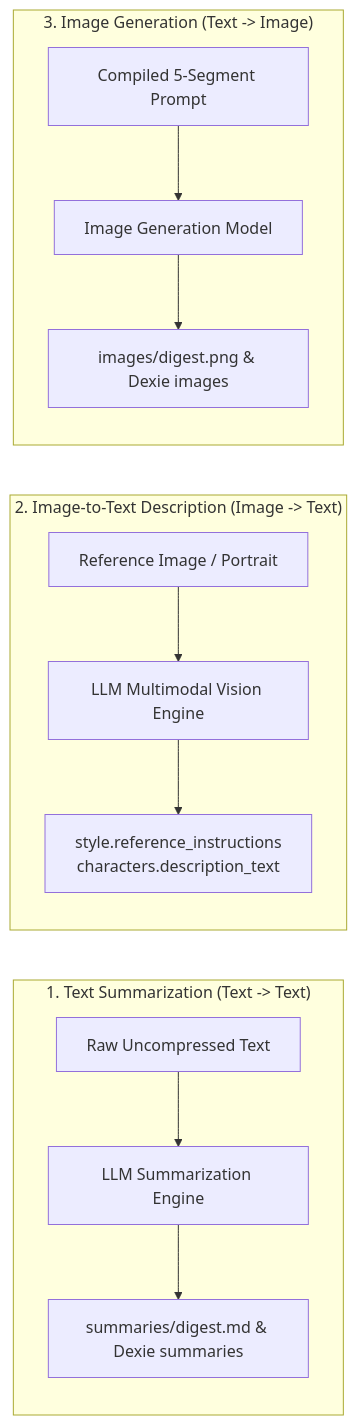
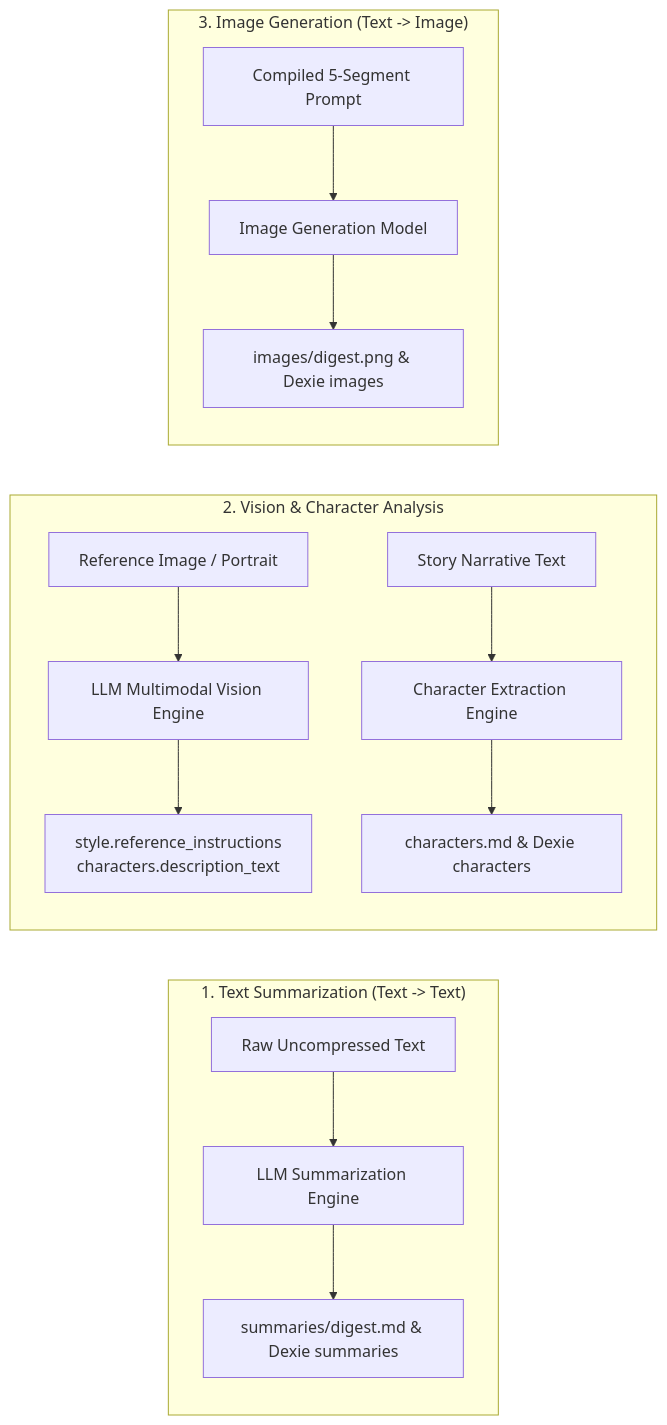
One commit to daniel-payne/writetosee-standalone-vite changed the diagram in skills/writetosee-standalone/interactions.md. Above: the diagram before and after it, drawn with Mermaid. The commit also changed other lines of this file and 17 other files, not shown here.

````diff
--- a/skills/writetosee-standalone/interactions.md
+++ b/skills/writetosee-standalone/interactions.md
@@ -12,17 +13,19 @@
 ```mermaid
 flowchart LR
     subgraph Interaction1["1. Text Summarization (Text -> Text)"]
         RawText[Raw Uncompressed Text] --> LLMSumm[LLM Summarization Engine]
         LLMSumm --> CachedSumm[summaries/digest.md & Dexie summaries]
     end
 
-    subgraph Interaction2["2. Image-to-Text Description (Image -> Text)"]
+    subgraph Interaction2["2. Vision & Character Analysis"]
         RefImage[Reference Image / Portrait] --> LLMVision[LLM Multimodal Vision Engine]
         LLMVision --> ExtractedDirectives[style.reference_instructions\ncharacters.description_text]
+        StoryText[Story Narrative Text] --> LLMChar[Character Extraction Engine]
+        LLMChar --> CharacterRoster[characters.md & Dexie characters]
     end
 
     subgraph Interaction3["3. Image Generation (Text -> Image)"]
         CompiledPrompt[Compiled 5-Segment Prompt] --> LLMImage[Image Generation Model]
         LLMImage --> SavedPNG[images/digest.png & Dexie images]
     end
 ```
````
